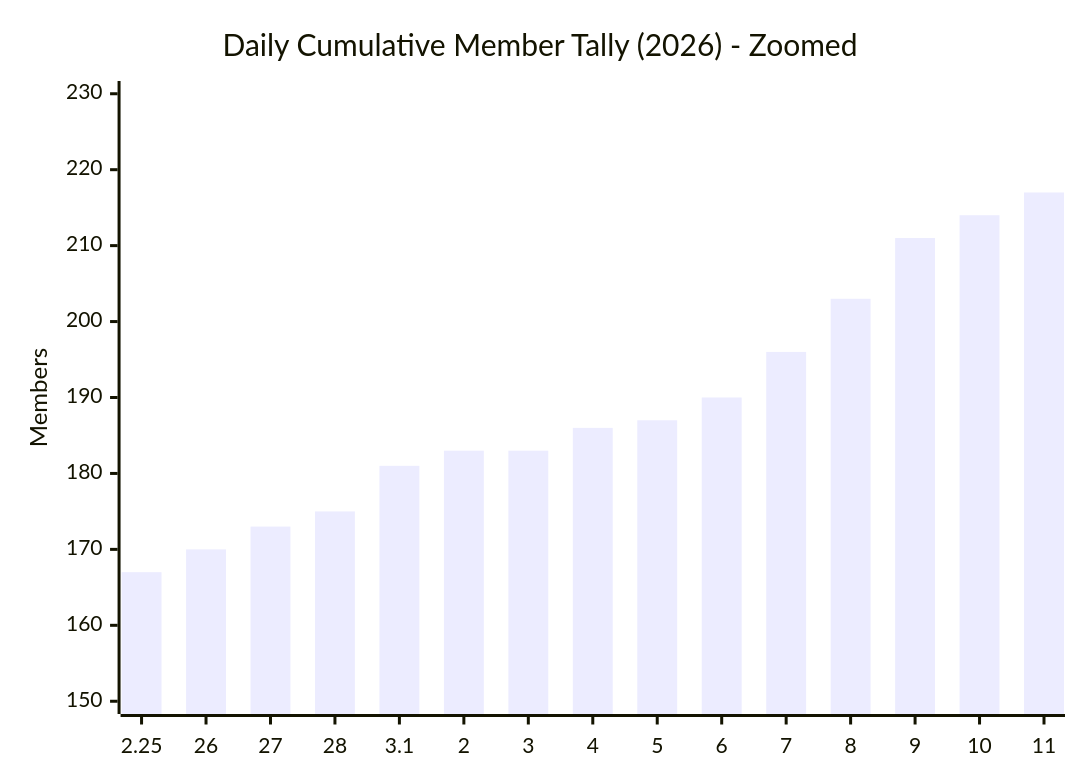
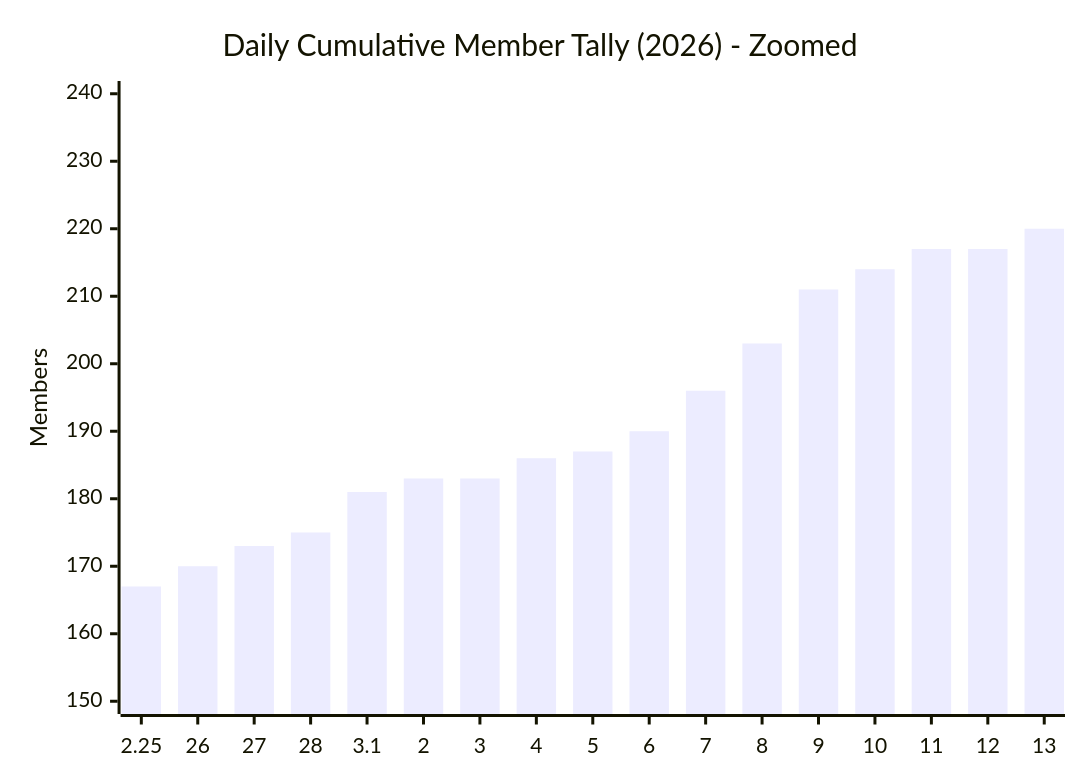
The second of 3 diagrams in exports/charts/daily-cumulative-member-tally-2026.md (MattSherwood/March-web), drawn with Mermaid before and after one commit. The commit also changed other lines of this file and 4 other files, not shown here.

````diff
--- a/exports/charts/daily-cumulative-member-tally-2026.md
+++ b/exports/charts/daily-cumulative-member-tally-2026.md
@@ -15,7 +15,7 @@
 ```mermaid
 xychart-beta
     title "Daily Cumulative Member Tally (2026) - Zoomed"
-    x-axis ["2.25", "26", "27", "28", "3.1", "2", "3", "4", "5", "6", "7", "8", "9", "10", "11"]
-    y-axis "Members" 150 --> 230
-    bar [167, 170, 173, 175, 181, 183, 183, 186, 187, 190, 196, 203, 211, 214, 217]
+    x-axis ["2.25", "26", "27", "28", "3.1", "2", "3", "4", "5", "6", "7", "8", "9", "10", "11", "12", "13"]
+    y-axis "Members" 150 --> 240
+    bar [167, 170, 173, 175, 181, 183, 183, 186, 187, 190, 196, 203, 211, 214, 217, 217, 220]
 ```
````
